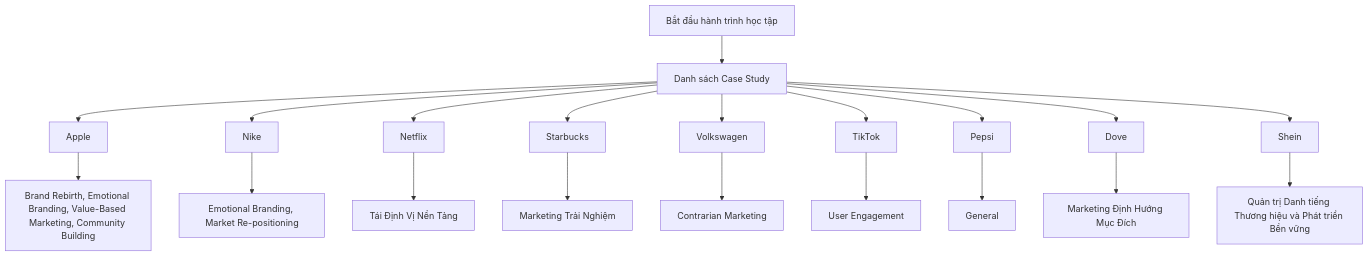
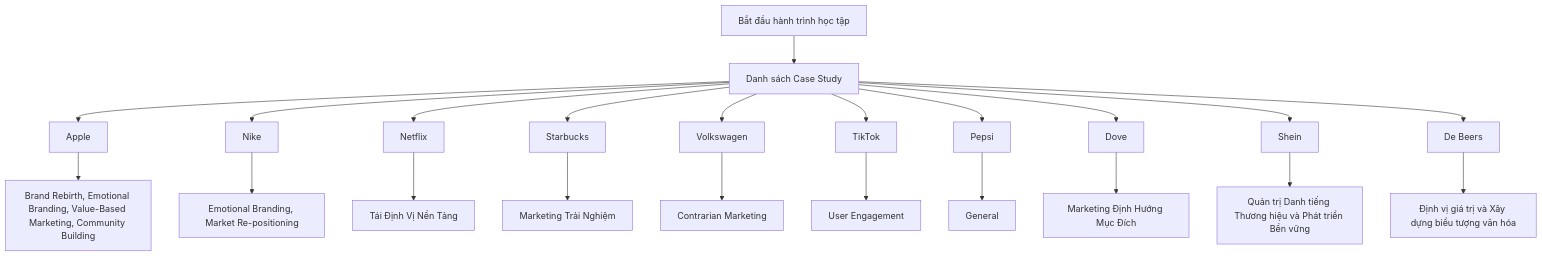
The diagram in README.md (quy2003/daily-marketing-cases), drawn with Mermaid before and after one commit. The commit also changed other lines of this file and 3 other files, not shown here.

````diff
--- a/README.md
+++ b/README.md
@@ -25,22 +25,24 @@
 ```mermaid
 graph TD
     Start[Bắt đầu hành trình học tập] --> DailyCases[Danh sách Case Study]
     DailyCases --> Apple["Apple"]
     Apple --> BrandRebirthEmotionalBrandingValueBasedMarketingCommunityBuilding["Brand Rebirth, Emotional Branding, Value-Based Marketing, Community Building"]
     DailyCases --> Nike["Nike"]
     Nike --> EmotionalBrandingMarketRepositioning["Emotional Branding, Market Re-positioning"]
     DailyCases --> Netflix["Netflix"]
     Netflix --> TinhVNnTng["Tái Định Vị Nền Tảng"]
     DailyCases --> Starbucks["Starbucks"]
     Starbucks --> MarketingTriNghim["Marketing Trải Nghiệm"]
     DailyCases --> Volkswagen["Volkswagen"]
     Volkswagen --> ContrarianMarketing["Contrarian Marketing"]
     DailyCases --> TikTok["TikTok"]
     TikTok --> UserEngagement["User Engagement"]
     DailyCases --> Pepsi["Pepsi"]
     Pepsi --> General["General"]
     DailyCases --> Dove["Dove"]
     Dove --> MarketingnhHngMcch["Marketing Định Hướng Mục Đích"]
     DailyCases --> Shein["Shein"]
     Shein --> QuntrDanhtingThnghiuvPhttrinBnvng["Quản trị Danh tiếng Thương hiệu và Phát triển Bền vững"]
+    DailyCases --> DeBeers["De Beers"]
+    DeBeers --> nhvgitrvXydngbiutngvnha["Định vị giá trị và Xây dựng biểu tượng văn hóa"]
 ```
````
